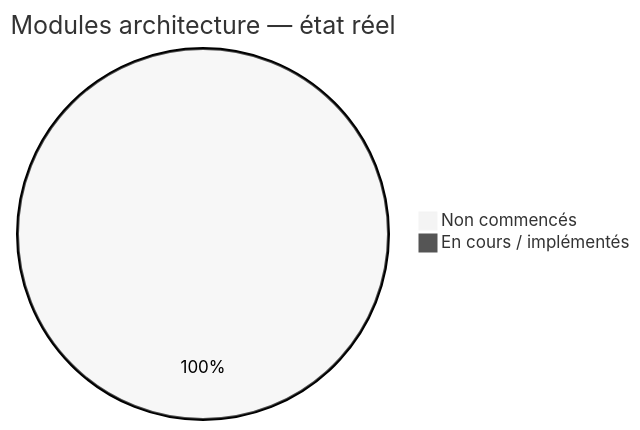
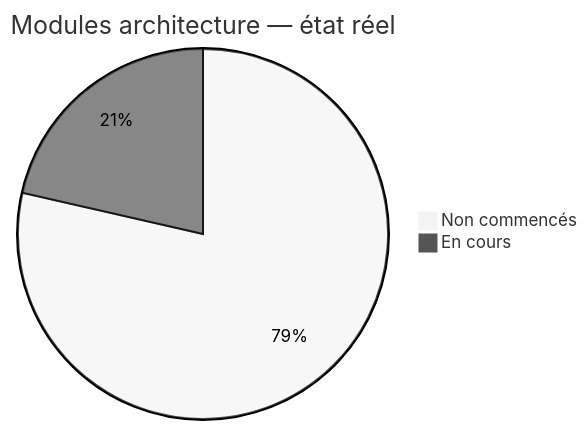
Before and after one commit to JavaChrist/Tai-Chi-AI-Coach: the second of 5 diagrams in docs/runtime/01_ARCHITECTURE_STATUS.md, drawn with Mermaid (neutral theme). The commit also changed other lines of this file and 59 other files, not shown here.

````diff
--- a/docs/runtime/01_ARCHITECTURE_STATUS.md
+++ b/docs/runtime/01_ARCHITECTURE_STATUS.md
@@ -113,5 +117,5 @@
 ```mermaid
 pie title Modules architecture — état réel
-  "Non commencés" : 14
-  "En cours / implémentés" : 0
+  "Non commencés" : 11
+  "En cours" : 3
 ```
````
